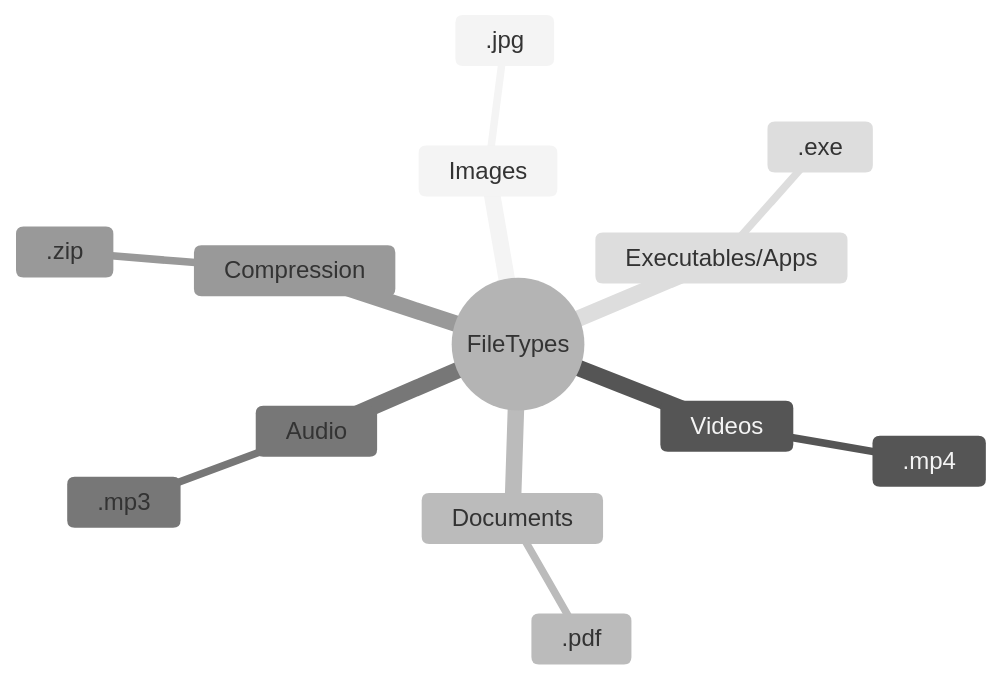
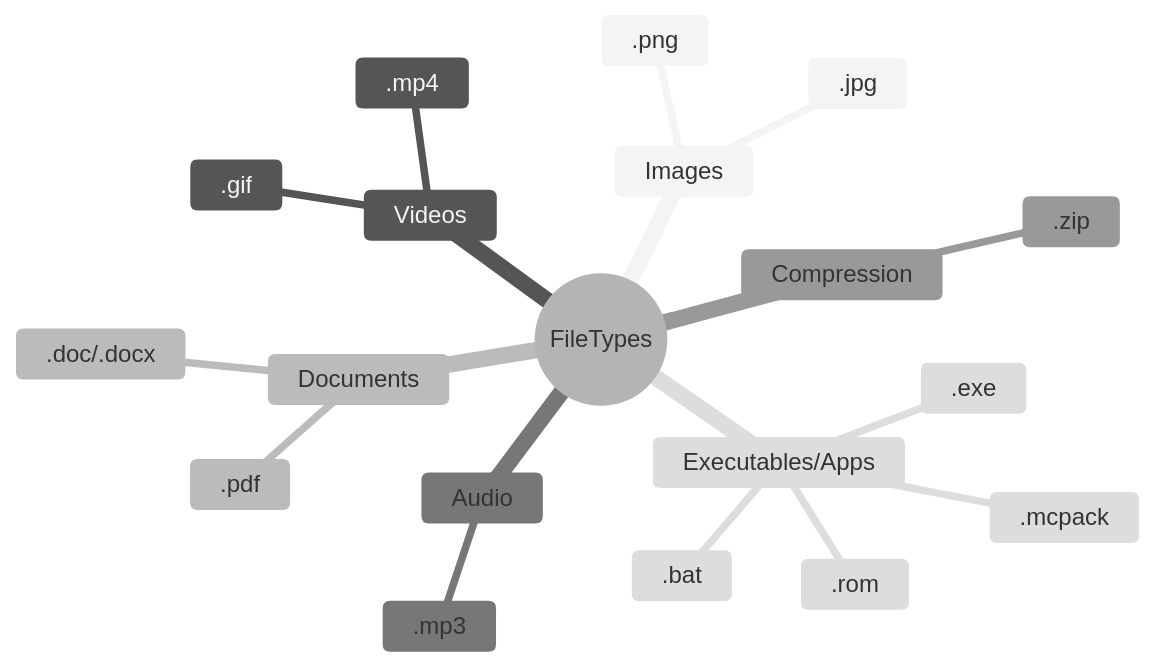
One commit to mrmatho/7dt-slides changed the diagram in pages/file-systems.md. Above: the diagram before and after it, drawn with Mermaid (neutral theme). The commit also changed 2 other files, not shown here.

Commit message:
Config: package updates and style changes

````diff
--- a/pages/file-systems.md
+++ b/pages/file-systems.md
@@ -65,16 +65,22 @@
 ```mermaid
 mindmap
   root((FileTypes))
     Images
       .jpg
+      .png
     Videos
       .mp4
+      .gif
     Documents
       .pdf
+      .doc/.docx
     Audio
       .mp3
     Compression
       .zip
     Executables/Apps
       .exe
+      .bat
+      .rom
+      .mcpack
 ```
````
